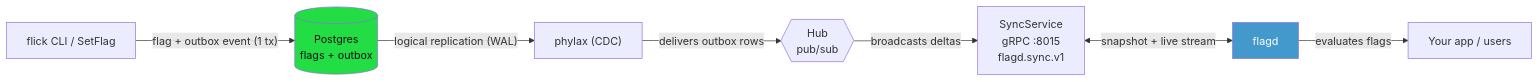
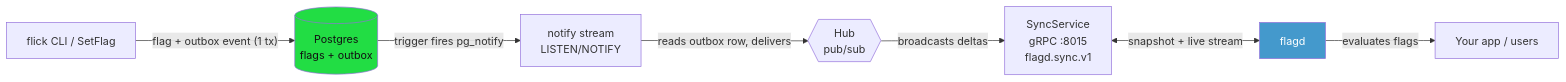
One commit to codetesla51/flick changed the first of 3 diagrams in README.md. Above: the diagram before and after it, drawn with Mermaid. The commit also changed other lines of this file and 19 other files, not shown here.

````diff
--- a/README.md
+++ b/README.md
@@ -39,11 +40,11 @@
 ```mermaid
 flowchart LR
     CLI["flick CLI / SetFlag"] -->|"flag + outbox event (1 tx)"| DB[("Postgres<br/>flags + outbox")]
-    DB -->|"logical replication (WAL)"| Phylax["phylax (CDC)"]
-    Phylax -->|"delivers outbox rows"| Hub{{"Hub<br/>pub/sub"}}
+    DB -->|"trigger fires pg_notify"| Notify["notify stream<br/>LISTEN/NOTIFY"]
+    Notify -->|"reads outbox row, delivers"| Hub{{"Hub<br/>pub/sub"}}
     Hub -->|"broadcasts deltas"| Sync["SyncService<br/>gRPC :8015<br/>flagd.sync.v1"]
     Sync <-->|"snapshot + live stream"| Flagd["flagd"]
     Flagd -->|"evaluates flags"| Users["Your app / users"]
     style DB fill:#2d4,color:#111
     style Flagd fill:#49c,color:#fff
 ```
````
